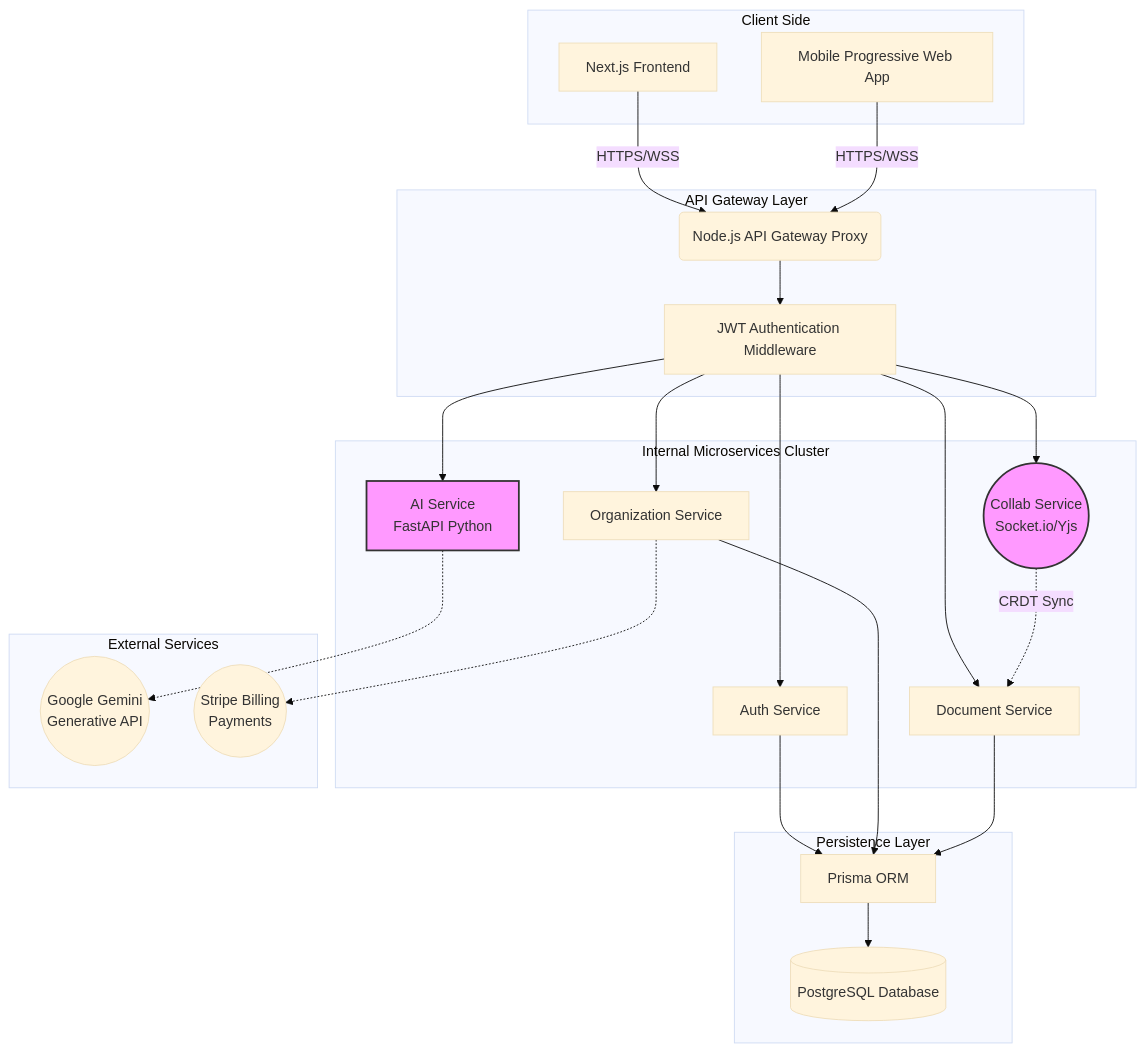
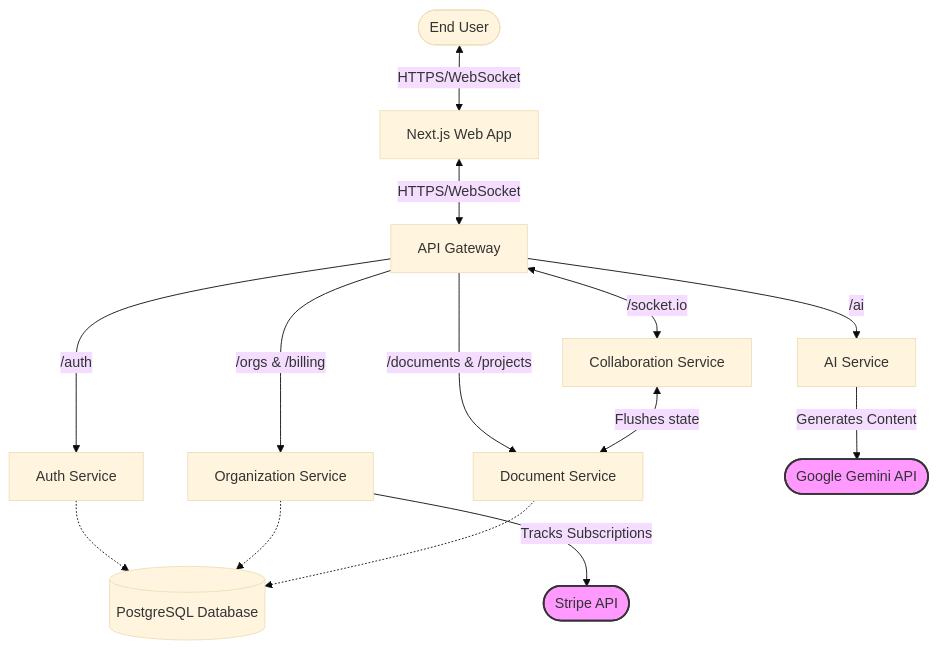
Before and after one commit to likhith1253/Realtime_Collaborator: the diagram in README.md, drawn with Mermaid (base theme). The commit also changed other lines of this file, not shown here.

Commit message:
docs: update architecture diagram and fix README links

````diff
--- a/README.md
+++ b/README.md
@@ -38,56 +38,26 @@
 ```mermaid
 graph TD
-    %% Define boundaries
-    subgraph Client [Client Side]
-        Browser[Next.js Frontend]
-        Mobile[Mobile Progressive Web App]
-    end
+    %% User and Edge
+    User([End User]) <-->|HTTPS/WebSocket| Frontend[Next.js Web App]
+    Frontend <-->|HTTPS/WebSocket| Gateway[API Gateway]
 
-    %% API Gateway Layer
-    subgraph Gateway [API Gateway Layer]
-        APIGateway(Node.js API Gateway Proxy)
-        AuthMW[JWT Authentication Middleware]
-    end
+    %% Microservices Routing
+    Gateway -->|/auth| Auth[Auth Service]
+    Gateway -->|/orgs & /billing| Org[Organization Service]
+    Gateway -->|/documents & /projects| Doc[Document Service]
+    Gateway <-->|/socket.io| Collab[Collaboration Service]
+    Gateway -->|/ai| AI[AI Service]
 
-    %% Internal Microservices Cluster
-    subgraph Backend Services [Internal Microservices Cluster]
-        AuthService[Auth Service]
-        OrgService[Organization Service]
-        DocService[Document Service]
-        CollabService((Collab Service<br>Socket.io/Yjs))
-        AIService[AI Service<br>FastAPI Python]
-    end
+    %% Internal Services Logic
+    Collab <-->|Flushes state| Doc
+    AI -->|Generates Content| ExternalAI([Google Gemini API])
+    Org -->|Tracks Subscriptions| Stripe([Stripe API])
 
-    %% External Systems & Storage
-    subgraph Storage [Persistence Layer]
-        DB[(PostgreSQL Database)]
-        Prisma[Prisma ORM]
-    end
-    
-    subgraph External [External Services]
-        Gemini((Google Gemini<br>Generative API))
-        Stripe((Stripe Billing<br>Payments))
-    end
+    %% Database Ties
+    Auth -.-> DB[(PostgreSQL Database)]
+    Org -.-> DB
+    Doc -.-> DB
 
-    %% Relationships and Data flow
-    Browser & Mobile --HTTPS/WSS--> APIGateway
-    
-    APIGateway --> AuthMW
-    AuthMW --> AuthService
-    AuthMW --> OrgService
-    AuthMW --> DocService
-    AuthMW --> CollabService
-    AuthMW --> AIService
-    
-    CollabService -.CRDT Sync.-> DocService
-    
-    OrgService -.-> Stripe
-    AIService -.-> Gemini
-    
-    AuthService & OrgService & DocService --> Prisma
-    Prisma --> DB
-    
-    %% Styling
-    classDef primary fill:#f9f,stroke:#333,stroke-width:2px;
-    class CollabService,AIService primary;
+    classDef specific fill:#f9f,stroke:#333,stroke-width:2px;
+    class ExternalAI,Stripe specific;
 ```
````
